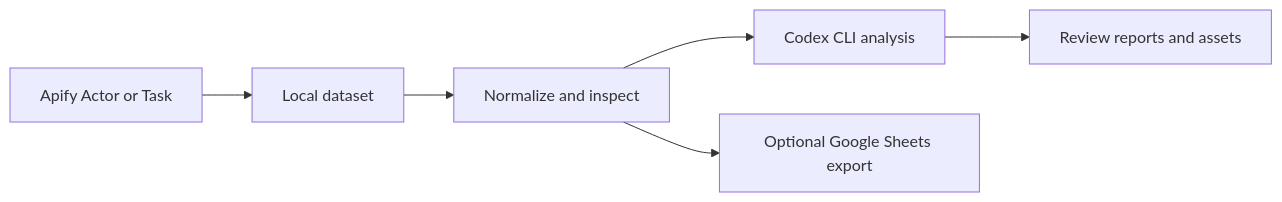
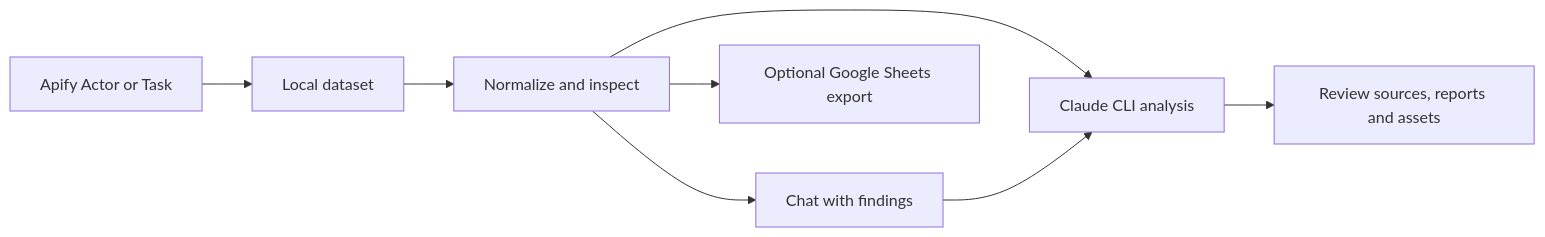
One commit to ChrisJDiMarco/apify-scraper-studio changed the diagram in README.md. Above: the diagram before and after it, drawn with Mermaid. The commit also changed other lines of this file and 306 other files, not shown here.

````diff
--- a/README.md
+++ b/README.md
@@ -38,8 +82,10 @@
 ```mermaid
 flowchart LR
     A[Apify Actor or Task] --> B[Local dataset]
     B --> C[Normalize and inspect]
-    C --> D[Codex CLI analysis]
-    D --> E[Review reports and assets]
+    C --> D[Claude CLI analysis]
+    C --> G[Chat with findings]
+    G --> D
+    D --> E[Review sources, reports and assets]
     C --> F[Optional Google Sheets export]
 ```
````
